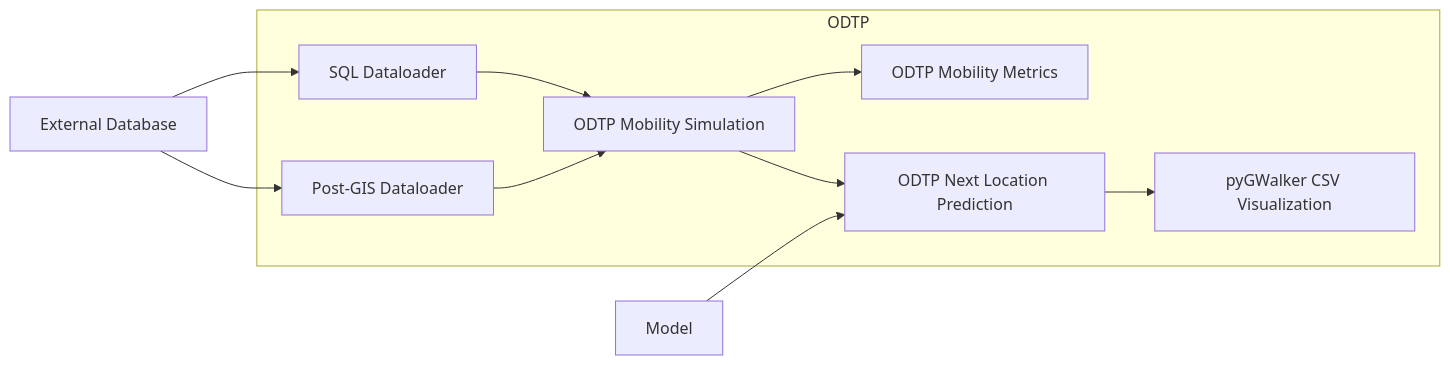
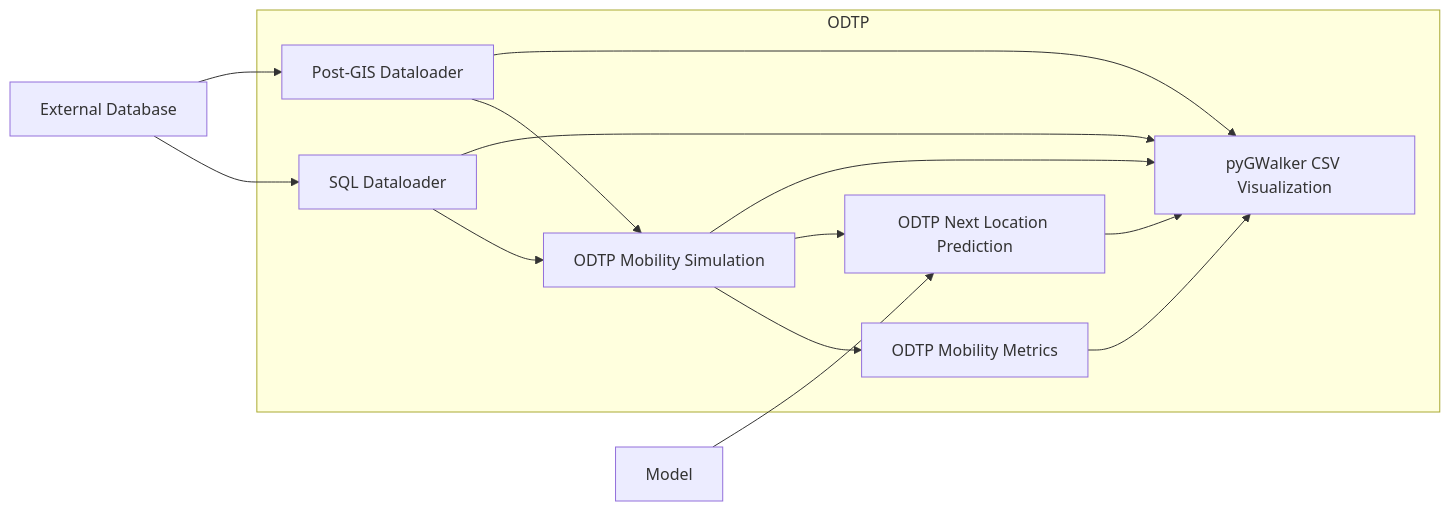
Before and after one commit to odtp-org/dt-mobility-causal-intervention: the diagram in README.md, drawn with Mermaid.

Commit message:
Diagram updated

````diff
--- a/README.md
+++ b/README.md
@@ -5,15 +5,20 @@
 ```mermaid
 graph LR
     ExternalDatabase[External Database] --> SQLDataloader[SQL Dataloader]
     ExternalDatabase --> PostGisDataloader[Post-GIS Dataloader]
 
     subgraph ODTP
         SQLDataloader --> ODTPMobilitySimulation[ODTP Mobility Simulation]
         PostGisDataloader --> ODTPMobilitySimulation
         ODTPMobilitySimulation --> ODTpMetrics[ODTP Mobility Metrics]
         ODTPMobilitySimulation --> ODTpNextLocationPrediction[ODTP Next Location Prediction]
+
         ODTpNextLocationPrediction --> PYGWalker[pyGWalker CSV Visualization]
+        ODTpMetrics --> PYGWalker[pyGWalker CSV Visualization]
+        ODTPMobilitySimulation --> PYGWalker[pyGWalker CSV Visualization]
+        PostGisDataloader --> PYGWalker[pyGWalker CSV Visualization]
+        SQLDataloader --> PYGWalker[pyGWalker CSV Visualization]
     end
 
     Model[Model] --> ODTpNextLocationPrediction
 ```
````
